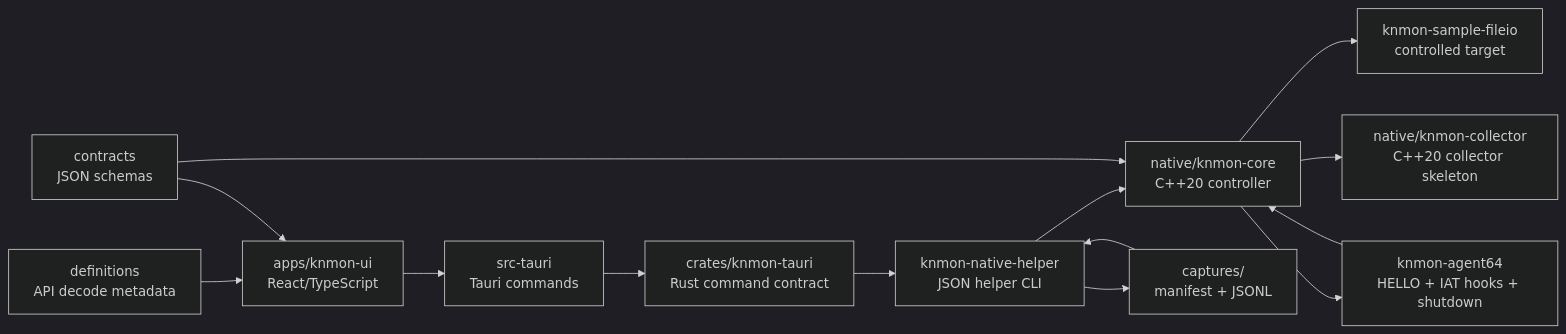
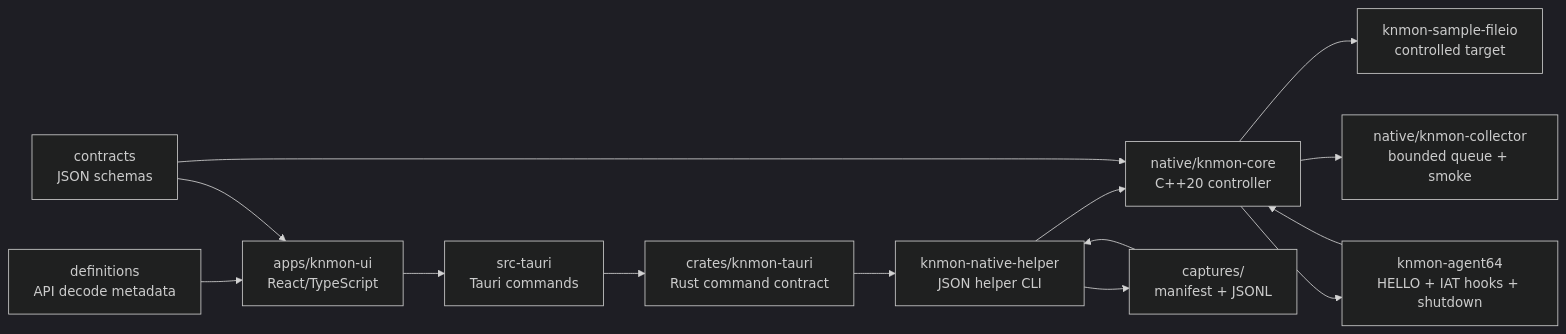
One commit to kernullist/KnWin32ApiMonitor changed the diagram in docs/architecture.md. Above: the diagram before and after it, drawn with Mermaid (dark theme). The commit also changed other lines of this file and 14 other files, not shown here.

````diff
--- a/docs/architecture.md
+++ b/docs/architecture.md
@@ -13,28 +13,28 @@
 ```mermaid
 flowchart LR
     UI["apps/knmon-ui<br/>React/TypeScript"]
     TAURI["src-tauri<br/>Tauri commands"]
     RUST["crates/knmon-tauri<br/>Rust command contract"]
     CORE["native/knmon-core<br/>C++20 controller"]
-    COL["native/knmon-collector<br/>C++20 collector skeleton"]
+    COL["native/knmon-collector<br/>bounded queue + smoke"]
     HELPER["knmon-native-helper<br/>JSON helper CLI"]
     SAMPLE["knmon-sample-fileio<br/>controlled target"]
     AGENT["knmon-agent64<br/>HELLO + IAT hooks + shutdown"]
     SESSION["captures/<br/>manifest + JSONL"]
     DEF["definitions<br/>API decode metadata"]
     CONTRACT["contracts<br/>JSON schemas"]
 
     UI --> TAURI
     TAURI --> RUST
     RUST --> HELPER
     HELPER --> CORE
     CORE --> SAMPLE
     CORE --> AGENT
     AGENT --> CORE
     CORE --> COL
     HELPER --> SESSION
     SESSION --> HELPER
     DEF --> UI
     CONTRACT --> UI
     CONTRACT --> CORE
 ```
````
